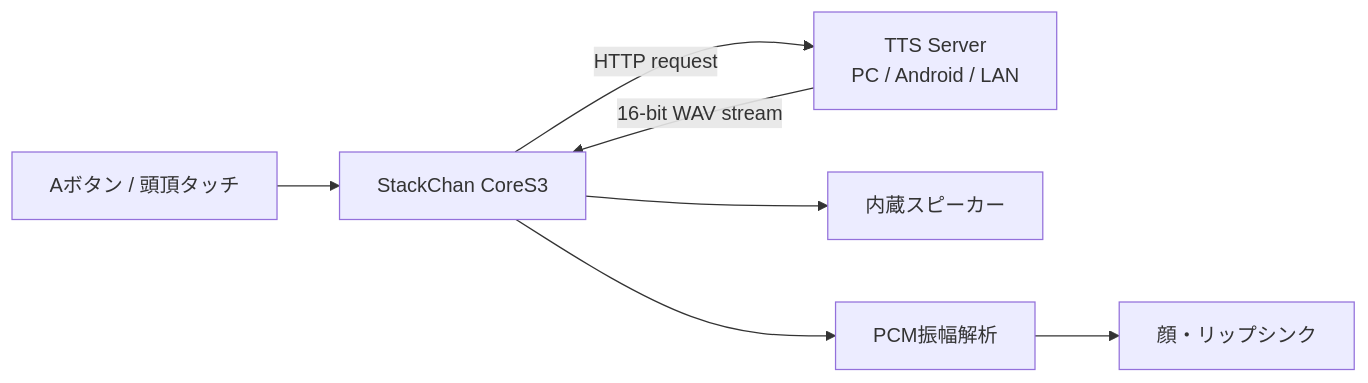
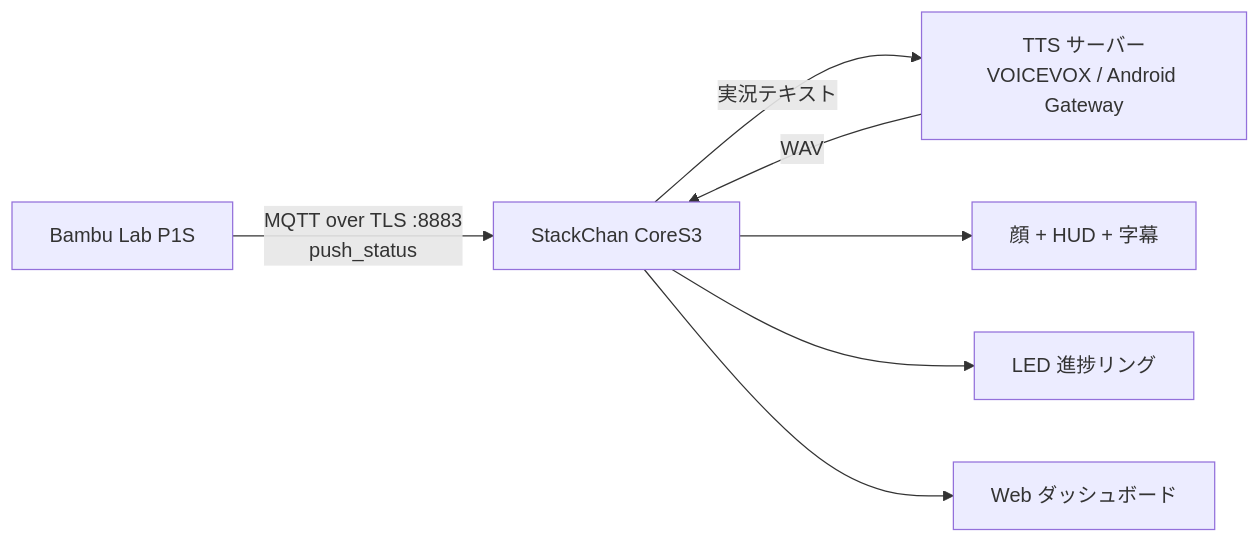
One commit to Xenoah/stackchan-mqtt changed the diagram in README.md. Above: the diagram before and after it, drawn with Mermaid. The commit also changed other lines of this file and 3 other files, not shown here.

````diff
--- a/README.md
+++ b/README.md
@@ -50,9 +11,9 @@
 ```mermaid
 flowchart LR
-    A[Aボタン / 頭頂タッチ] --> B[StackChan CoreS3]
-    B -->|HTTP request| C[TTS Server<br>PC / Android / LAN]
-    C -->|16-bit WAV stream| B
-    B --> D[内蔵スピーカー]
-    B --> E[PCM振幅解析]
-    E --> F[顔・リップシンク]
+    P[Bambu Lab P1S] -->|MQTT over TLS :8883<br>push_status| S[StackChan CoreS3]
+    S -->|実況テキスト| T[TTS サーバー<br>VOICEVOX / Android Gateway]
+    T -->|WAV| S
+    S --> F[顔 + HUD + 字幕]
+    S --> L[LED 進捗リング]
+    S --> W[Web ダッシュボード]
 ```
````
